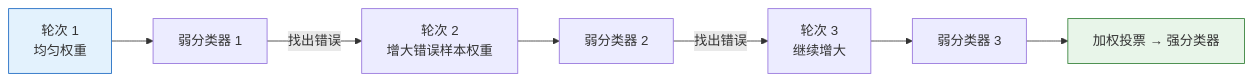
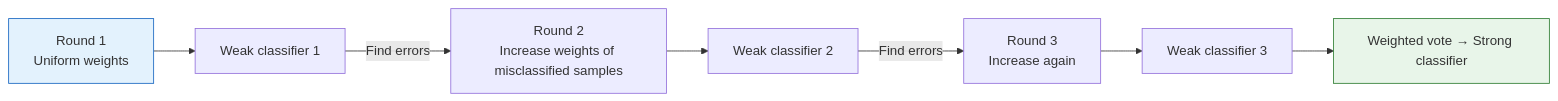
Before and after one commit to oudbiao/AI-fullstack-course: the third of 5 diagrams in docs/ch05-machine-learning/ch02-supervised/04-ensemble-learning.md, drawn with Mermaid. The commit also changed other lines of this file and 1406 other files, not shown here.

````diff
--- a/docs/ch05-machine-learning/ch02-supervised/04-ensemble-learning.md
+++ b/docs/ch05-machine-learning/ch02-supervised/04-ensemble-learning.md
@@ -323,12 +323,12 @@
 ```mermaid
 flowchart LR
-    D1["轮次 1<br/>均匀权重"] --> T1["弱分类器 1"]
-    T1 -->|"找出错误"| D2["轮次 2<br/>增大错误样本权重"]
-    D2 --> T2["弱分类器 2"]
-    T2 -->|"找出错误"| D3["轮次 3<br/>继续增大"]
-    D3 --> T3["弱分类器 3"]
-    T3 --> R["加权投票 → 强分类器"]
+    D1["Round 1<br/>Uniform weights"] --> T1["Weak classifier 1"]
+    T1 -->|"Find errors"| D2["Round 2<br/>Increase weights of misclassified samples"]
+    D2 --> T2["Weak classifier 2"]
+    T2 -->|"Find errors"| D3["Round 3<br/>Increase again"]
+    D3 --> T3["Weak classifier 3"]
+    T3 --> R["Weighted vote → Strong classifier"]
 
     style D1 fill:#e3f2fd,stroke:#1565c0,color:#333
     style R fill:#e8f5e9,stroke:#2e7d32,color:#333
 ```
````
